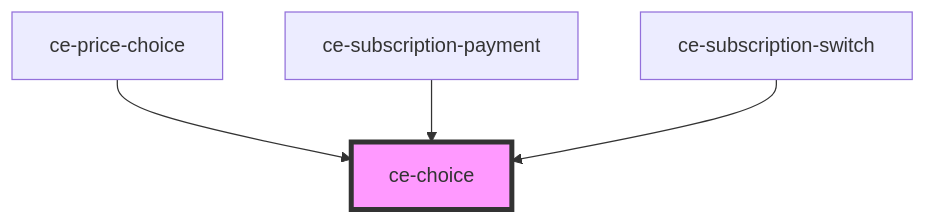
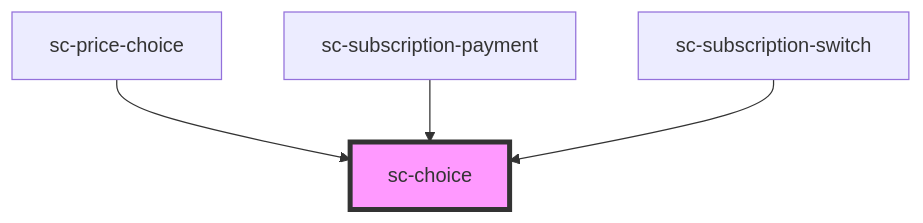
The diagram in packages/components/src/components/ui/choice/readme.md (surecart/surecart-wp-plugin), drawn with Mermaid before and after one commit. The commit also changed other lines of this file and 1281 other files, not shown here.

````diff
--- a/packages/components/src/components/ui/choice/readme.md
+++ b/packages/components/src/components/ui/choice/readme.md
@@ -88,7 +88,7 @@
 ```mermaid
 graph TD;
-  ce-price-choice --> ce-choice
-  ce-subscription-payment --> ce-choice
-  ce-subscription-switch --> ce-choice
-  style ce-choice fill:#f9f,stroke:#333,stroke-width:4px
+  sc-price-choice --> sc-choice
+  sc-subscription-payment --> sc-choice
+  sc-subscription-switch --> sc-choice
+  style sc-choice fill:#f9f,stroke:#333,stroke-width:4px
 ```
````
